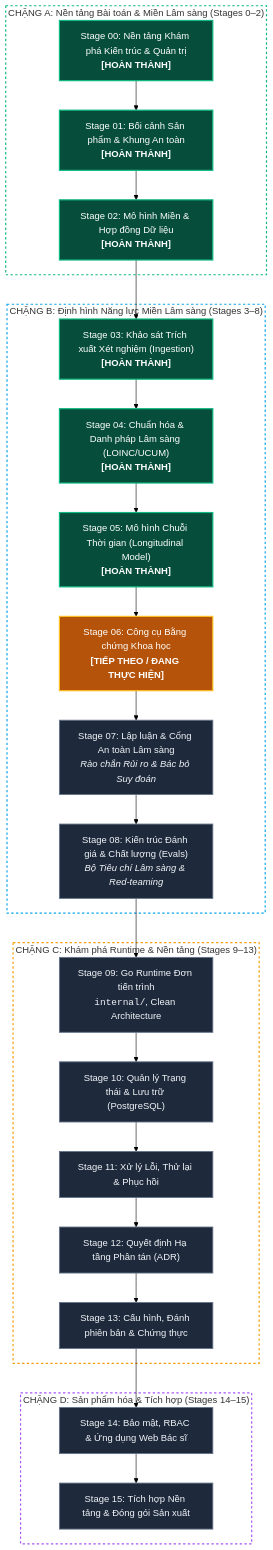
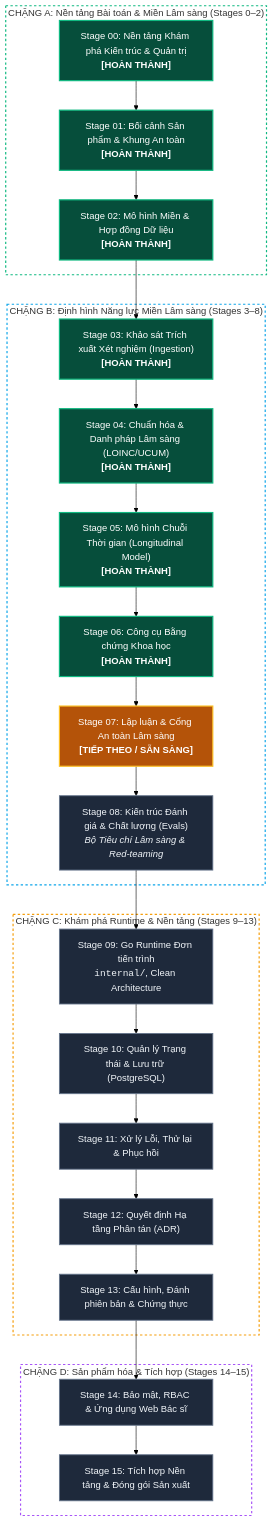
Before and after one commit to DuyVuux/BiolyzerAgent: the third of 8 diagrams in README.vi.md, drawn with Mermaid (forest theme). The commit also changed other lines of this file and 29 other files, not shown here.

````diff
--- a/README.vi.md
+++ b/README.vi.md
@@ -113,38 +114,38 @@
 ```mermaid
 flowchart TD
     classDef done fill:#064e3b,stroke:#10b981,stroke-width:2px,color:#ffffff;
     classDef current fill:#b45309,stroke:#fbbf24,stroke-width:2px,color:#ffffff;
     classDef queued fill:#1e293b,stroke:#64748b,stroke-width:1.5px,color:#f1f5f9;
 
     subgraph PhaseA["CHẶNG A: Nền tảng Bài toán & Miền Lâm sàng (Stages 0–2)"]
         S0["Stage 00: Nền tảng Khám phá Kiến trúc & Quản trị<br/><b>[HOÀN THÀNH]</b>"]:::done --> S1["Stage 01: Bối cảnh Sản phẩm & Khung An toàn<br/><b>[HOÀN THÀNH]</b>"]:::done
         S1 --> S2["Stage 02: Mô hình Miền & Hợp đồng Dữ liệu<br/><b>[HOÀN THÀNH]</b>"]:::done
     end
 
     subgraph PhaseB["CHẶNG B: Định hình Năng lực Miền Lâm sàng (Stages 3–8)"]
         S2 --> S3["Stage 03: Khảo sát Trích xuất Xét nghiệm (Ingestion)<br/><b>[HOÀN THÀNH]</b>"]:::done
         S3 --> S4["Stage 04: Chuẩn hóa & Danh pháp Lâm sàng (LOINC/UCUM)<br/><b>[HOÀN THÀNH]</b>"]:::done
         S4 --> S5["Stage 05: Mô hình Chuỗi Thời gian (Longitudinal Model)<br/><b>[HOÀN THÀNH]</b>"]:::done
-        S5 --> S6["Stage 06: Công cụ Bằng chứng Khoa học<br/><b>[TIẾP THEO / ĐANG THỰC HIỆN]</b>"]:::current
-        S6 --> S7["Stage 07: Lập luận & Cổng An toàn Lâm sàng<br/><i>Rào chắn Rủi ro & Bác bỏ Suy đoán</i>"]:::queued
+        S5 --> S6["Stage 06: Công cụ Bằng chứng Khoa học<br/><b>[HOÀN THÀNH]</b>"]:::done
+        S6 --> S7["Stage 07: Lập luận & Cổng An toàn Lâm sàng<br/><b>[TIẾP THEO / SẴN SÀNG]</b>"]:::current
         S7 --> S8["Stage 08: Kiến trúc Đánh giá & Chất lượng (Evals)<br/><i>Bộ Tiêu chí Lâm sàng & Red-teaming</i>"]:::queued
     end
 
     subgraph PhaseC["CHẶNG C: Khám phá Runtime & Nền tảng (Stages 9–13)"]
         S8 --> S9["Stage 09: Go Runtime Đơn tiến trình<br/><code>internal/</code>, Clean Architecture"]:::queued
         S9 --> S10["Stage 10: Quản lý Trạng thái & Lưu trữ (PostgreSQL)"]:::queued
         S10 --> S11["Stage 11: Xử lý Lỗi, Thử lại & Phục hồi"]:::queued
         S11 --> S12["Stage 12: Quyết định Hạ tầng Phân tán (ADR)"]:::queued
         S12 --> S13["Stage 13: Cấu hình, Đánh phiên bản & Chứng thực"]:::queued
     end
 
     subgraph PhaseD["CHẶNG D: Sản phẩm hóa & Tích hợp (Stages 14–15)"]
         S13 --> S14["Stage 14: Bảo mật, RBAC & Ứng dụng Web Bác sĩ"]:::queued
         S14 --> S15["Stage 15: Tích hợp Nền tảng & Đóng gói Sản xuất"]:::queued
     end
 
     style PhaseA fill:none,stroke:#10b981,stroke-width:2px,stroke-dasharray: 4 4;
     style PhaseB fill:none,stroke:#0ea5e9,stroke-width:2px,stroke-dasharray: 4 4;
     style PhaseC fill:none,stroke:#f59e0b,stroke-width:2px,stroke-dasharray: 4 4;
     style PhaseD fill:none,stroke:#a855f7,stroke-width:2px,stroke-dasharray: 4 4;
 ```
````
